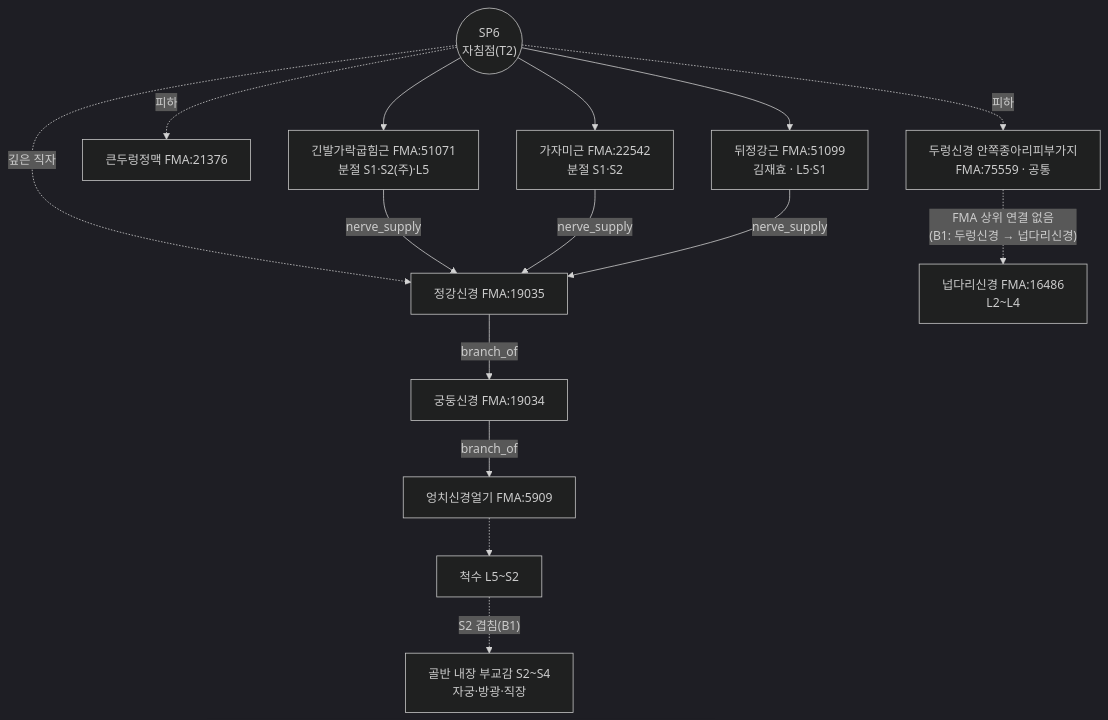
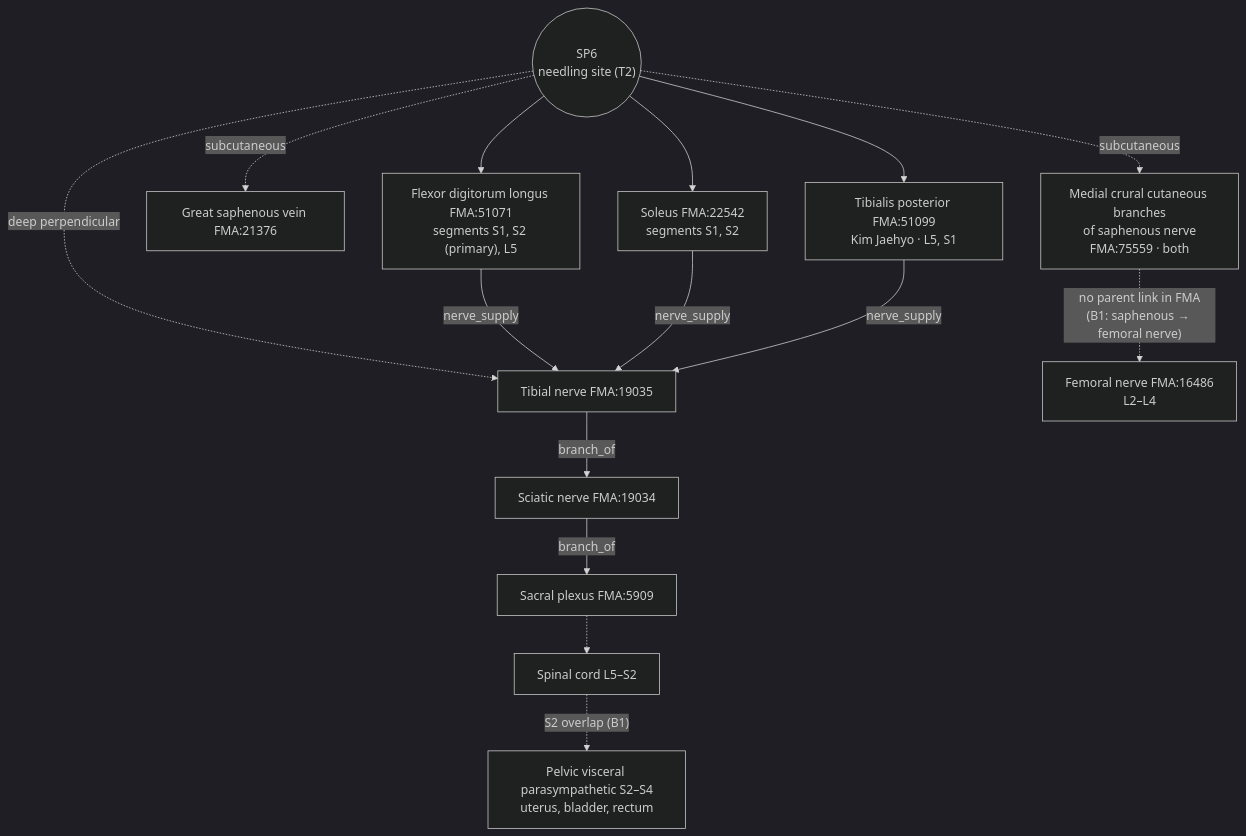
Before and after one commit to jaehyokim-sketch/acupoint_anatomy: the diagram in 01_경혈별_해부생리_분석보고서/SP_족태음비경/SP06_삼음교/SP06_삼음교_해부생리_실체판명_보고서_en.md, drawn with Mermaid (dark theme). The commit also changed other lines of this file and 199 other files, not shown here.

````diff
--- a/01_경혈별_해부생리_분석보고서/SP_족태음비경/SP06_삼음교/SP06_삼음교_해부생리_실체판명_보고서_en.md
+++ b/01_경혈별_해부생리_분석보고서/SP_족태음비경/SP06_삼음교/SP06_삼음교_해부생리_실체판명_보고서_en.md
@@ -166,17 +170,17 @@
 ```mermaid
 flowchart TB
-  P(("SP6<br/>자침점(T2)")) -.피하.-> MCB["두렁신경 안쪽종아리피부가지<br/>FMA:75559 · 공통"]
-  P -.피하.-> GSV["큰두렁정맥 FMA:21376"]
-  P --> SOL["가자미근 FMA:22542<br/>분절 S1·S2"]
-  P --> FDL["긴발가락굽힘근 FMA:51071<br/>분절 S1·S2(주)·L5"]
-  P --> TP["뒤정강근 FMA:51099<br/>김재효 · L5·S1"]
-  P -.깊은 직자.-> TN["정강신경 FMA:19035"]
+  P(("SP6<br/>needling site (T2)")) -.subcutaneous.-> MCB["Medial crural cutaneous branches<br/>of saphenous nerve<br/>FMA:75559 · both"]
+  P -.subcutaneous.-> GSV["Great saphenous vein FMA:21376"]
+  P --> SOL["Soleus FMA:22542<br/>segments S1, S2"]
+  P --> FDL["Flexor digitorum longus FMA:51071<br/>segments S1, S2 (primary), L5"]
+  P --> TP["Tibialis posterior FMA:51099<br/>Kim Jaehyo · L5, S1"]
+  P -.deep perpendicular.-> TN["Tibial nerve FMA:19035"]
   FDL -- nerve_supply --> TN
   SOL -- nerve_supply --> TN
   TP -- nerve_supply --> TN
-  TN -- branch_of --> SCI["궁둥신경 FMA:19034"]
-  SCI -- branch_of --> SAC["엉치신경얼기 FMA:5909"]
-  MCB -. "FMA 상위 연결 없음<br/>(B1: 두렁신경 → 넙다리신경)" .-> FEM["넙다리신경 FMA:16486<br/>L2~L4"]
-  SAC -.-> SEG["척수 L5~S2"]
-  SEG -. "S2 겹침(B1)" .-> PEL["골반 내장 부교감 S2~S4<br/>자궁·방광·직장"]
+  TN -- branch_of --> SCI["Sciatic nerve FMA:19034"]
+  SCI -- branch_of --> SAC["Sacral plexus FMA:5909"]
+  MCB -. "no parent link in FMA<br/>(B1: saphenous → femoral nerve)" .-> FEM["Femoral nerve FMA:16486<br/>L2–L4"]
+  SAC -.-> SEG["Spinal cord L5–S2"]
+  SEG -. "S2 overlap (B1)" .-> PEL["Pelvic visceral parasympathetic S2–S4<br/>uterus, bladder, rectum"]
 ```
````
